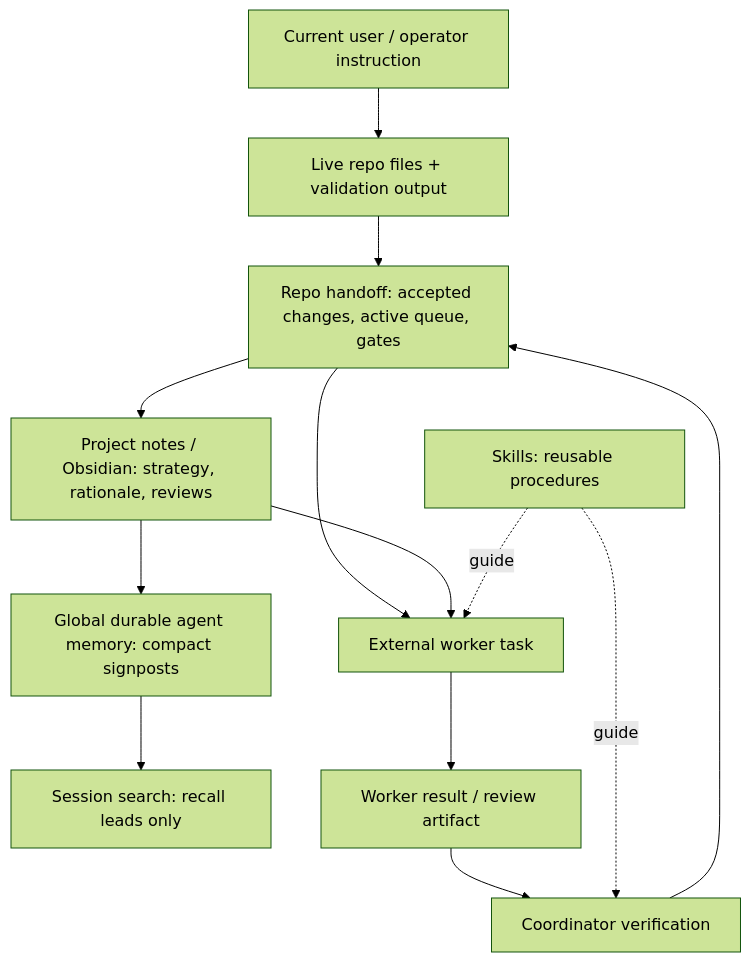
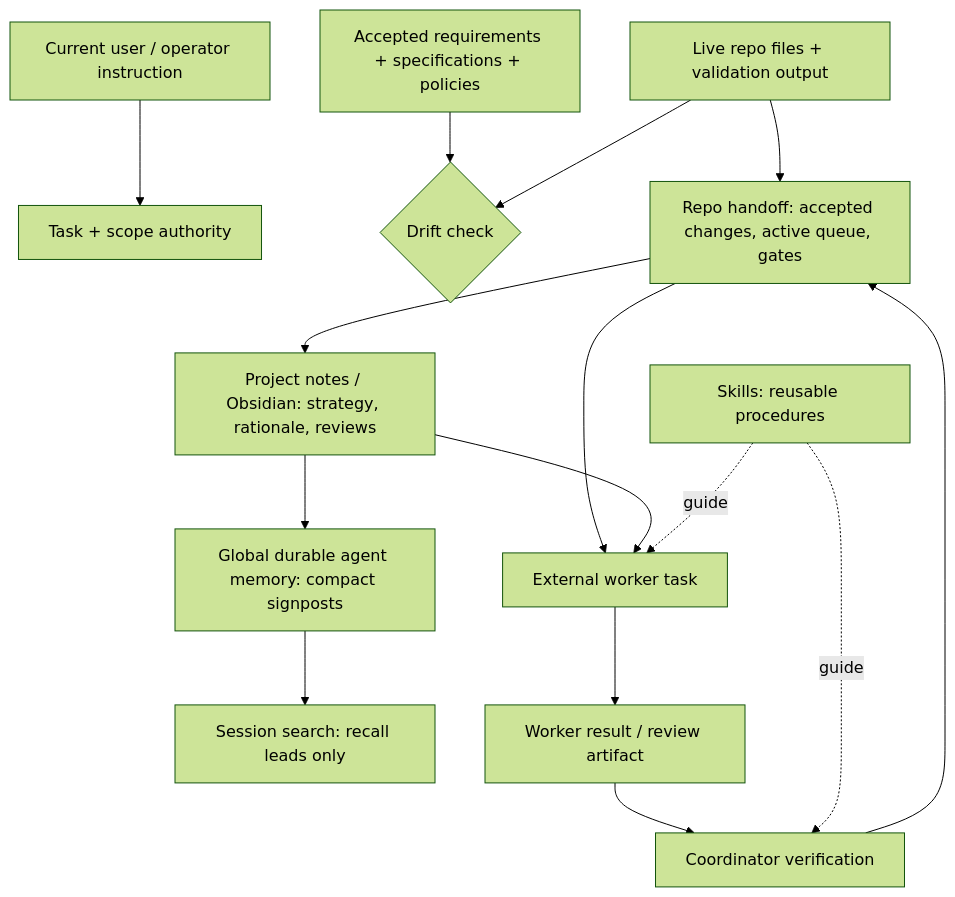
One commit to Jack753951/multi-project-memory-governance changed the diagram in docs/architecture.md. Above: the diagram before and after it, drawn with Mermaid (forest theme). The commit also changed other lines of this file and 32 other files, not shown here.

````diff
--- a/docs/architecture.md
+++ b/docs/architecture.md
@@ -7,17 +7,19 @@
 ```mermaid
 flowchart TD
-    U[Current user / operator instruction] --> L[Live repo files + validation output]
+    U[Current user / operator instruction] --> T[Task + scope authority]
+    P[Accepted requirements + specifications + policies] --> D{Drift check}
+    L[Live repo files + validation output] --> D
     L --> H[Repo handoff: accepted changes, active queue, gates]
     H --> N[Project notes / Obsidian: strategy, rationale, reviews]
     N --> G[Global durable agent memory: compact signposts]
     G --> S[Session search: recall leads only]
 
     H --> W[External worker task]
     N --> W
     W --> R[Worker result / review artifact]
     R --> V[Coordinator verification]
     V --> H
 
     SK[Skills: reusable procedures] -. guide .-> V
     SK -. guide .-> W
 ```
````
